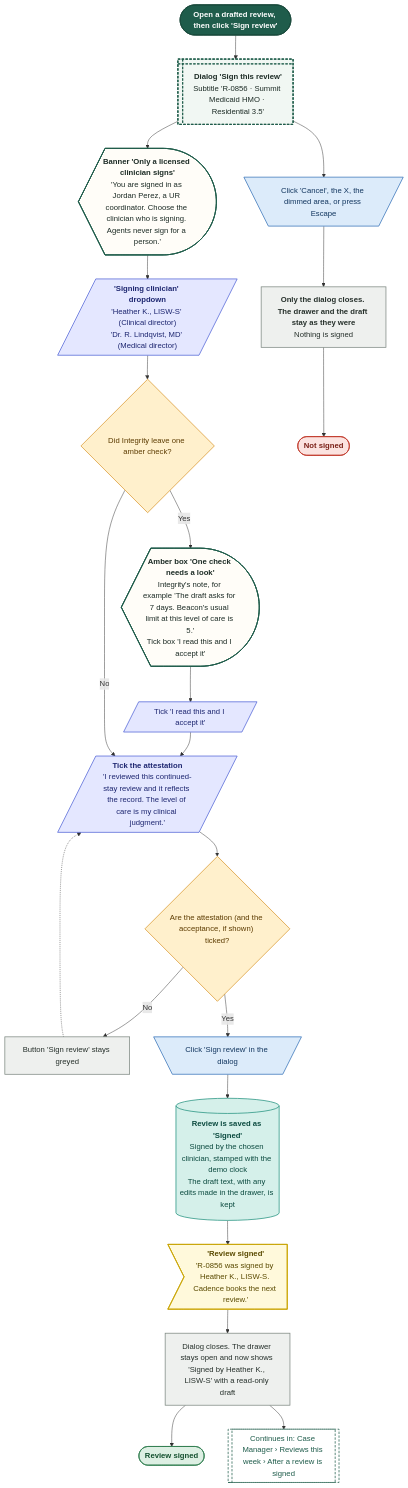
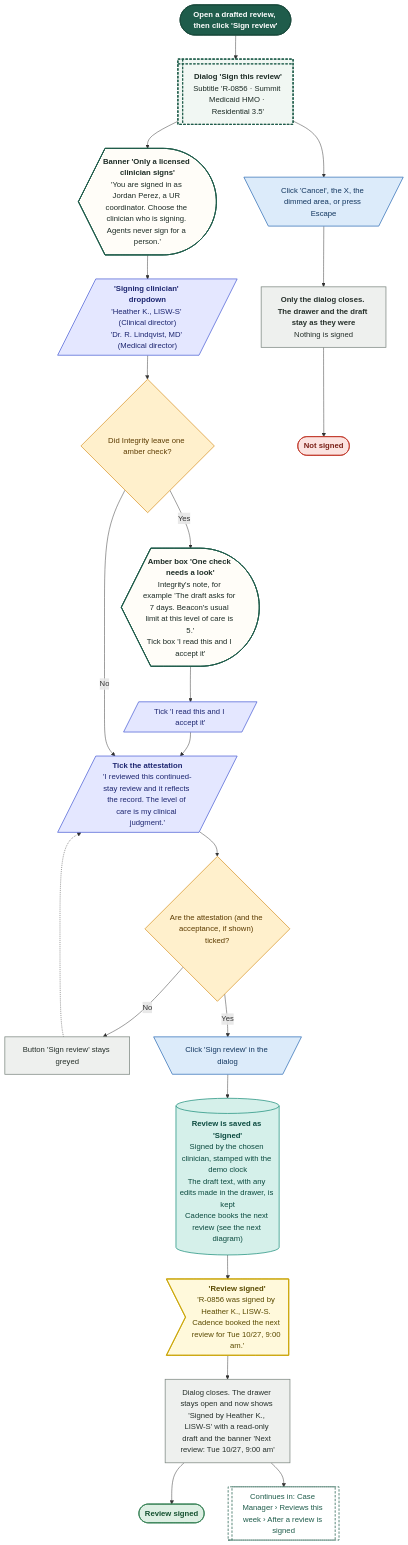
Before and after one commit to Shrav143/psyfloapp: diagram 16 of 21 in demos/prior-auth-demo/workflows/out/md/07-case-manager.md, drawn with Mermaid. The commit also changed other lines of this file and 195 other files, not shown here.

First line of the commit message:
docs: Rebuild workflow diagrams after the demo fixes (220 diagrams)

````diff
--- a/demos/prior-auth-demo/workflows/out/md/07-case-manager.md
+++ b/demos/prior-auth-demo/workflows/out/md/07-case-manager.md
@@ -896,59 +1105,59 @@
 ```mermaid
 %%{init: {"theme":"base","themeVariables":{"fontFamily":"'DM Sans', 'Segoe UI', system-ui, sans-serif","fontSize":"15px","lineColor":"#5B6B63","primaryTextColor":"#1C2B25","clusterBkg":"#FBF8F3","clusterBorder":"#D9CDBB","edgeLabelBackground":"#FFFFFF"},"flowchart":{"curve":"basis","nodeSpacing":36,"rankSpacing":48,"padding":12,"htmlLabels":true,"useMaxWidth":false,"wrappingWidth":230}} }%%
 flowchart TD
   classDef k_start fill:#1F5C4B,stroke:#174638,color:#FFFFFF,stroke-width:1.5px,font-weight:600
   classDef k_end fill:#DDEFE3,stroke:#2E7D4F,color:#14502F,stroke-width:1.5px,font-weight:600
   classDef k_endx fill:#FBE3E0,stroke:#C0392B,color:#7A1F16,stroke-width:1.5px,font-weight:600
   classDef k_screen fill:#FFFDF8,stroke:#1F5C4B,color:#1C2B25,stroke-width:2px
   classDef k_overlay fill:#F1F7F3,stroke:#1F5C4B,color:#1C2B25,stroke-width:2px,stroke-dasharray:5 3
   classDef k_click fill:#DCEBFA,stroke:#2F6DB5,color:#12365F,stroke-width:1.5px
   classDef k_input fill:#E4E7FF,stroke:#4C5FD5,color:#1D2670,stroke-width:1.5px
   classDef k_process fill:#EEF0EE,stroke:#7A857F,color:#26302B,stroke-width:1.5px
   classDef k_agent fill:#EEE5FA,stroke:#7A4FC2,color:#341A63,stroke-width:1.5px
   classDef k_decision fill:#FFF0CC,stroke:#D9962B,color:#5C3B00,stroke-width:1.5px
   classDef k_store fill:#D5F0EA,stroke:#1C8E7B,color:#0B4A3F,stroke-width:1.5px
   classDef k_doc fill:#F6E9DC,stroke:#B07A4C,color:#4A2E14,stroke-width:1.5px
   classDef k_ext fill:#FFE6D2,stroke:#E07B39,color:#6B2F06,stroke-width:1.5px
   classDef k_wait fill:#E4E8EE,stroke:#6B7C93,color:#26303D,stroke-width:1.5px
   classDef k_toast fill:#FFF9DB,stroke:#C9A400,color:#5A4A00,stroke-width:1.5px
   classDef k_goto fill:#FFFFFF,stroke:#1F5C4B,color:#1F5C4B,stroke-width:1.5px,stroke-dasharray:5 3
   s1@{ shape: stadium, label: "Open a drafted review, then click 'Sign review'" }
   o1@{ shape: win-pane, label: "<b>Dialog 'Sign this review'</b><br/>Subtitle 'R-0856 · Summit Medicaid HMO · Residential 3.5'" }
   b1@{ shape: curv-trap, label: "<b>Banner 'Only a licensed clinician signs'</b><br/>'You are signed in as Jordan Perez, a UR coordinator. Choose the clinician who is signing. Agents never sign for a person.'" }
   i1@{ shape: lean-r, label: "<b>'Signing clinician' dropdown</b><br/>'Heather K., LISW-S' (Clinical director)<br/>'Dr. R. Lindqvist, MD' (Medical director)" }
   d1@{ shape: diam, label: "Did Integrity leave one amber check?" }
   w1@{ shape: curv-trap, label: "<b>Amber box 'One check needs a look'</b><br/>Integrity's note, for example 'The draft asks for 7 days. Beacon's usual limit at this level of care is 5.'<br/>Tick box 'I read this and I accept it'" }
   i2@{ shape: lean-r, label: "Tick 'I read this and I accept it'" }
   i3@{ shape: lean-r, label: "<b>Tick the attestation</b><br/>'I reviewed this continued-stay review and it reflects the record. The level of care is my clinical judgment.'" }
   d2@{ shape: diam, label: "Are the attestation (and the acceptance, if shown) ticked?" }
   x1@{ shape: rect, label: "Button 'Sign review' stays greyed" }
   c1@{ shape: trap-t, label: "Click 'Sign review' in the dialog" }
-  st1@{ shape: cyl, label: "<b>Review is saved as 'Signed'</b><br/>Signed by the chosen clinician, stamped with the demo clock<br/>The draft text, with any edits made in the drawer, is kept" }
-  t1@{ shape: odd, label: "<b>'Review signed'</b><br/>'R-0856 was signed by Heather K., LISW-S. Cadence books the next review.'" }
-  p1@{ shape: rect, label: "Dialog closes. The drawer stays open and now shows 'Signed by Heather K., LISW-S' with a read-only draft" }
+  st1@{ shape: cyl, label: "<b>Review is saved as 'Signed'</b><br/>Signed by the chosen clinician, stamped with the demo clock<br/>The draft text, with any edits made in the drawer, is kept<br/>Cadence books the next review (see the next diagram)" }
+  t1@{ shape: odd, label: "<b>'Review signed'</b><br/>'R-0856 was signed by Heather K., LISW-S. Cadence booked the next review for Tue 10/27, 9:00 am.'" }
+  p1@{ shape: rect, label: "Dialog closes. The drawer stays open and now shows 'Signed by Heather K., LISW-S' with a read-only draft and the banner 'Next review: Tue 10/27, 9:00 am'" }
   g1@{ shape: subproc, label: "Continues in: Case Manager › Reviews this week › After a review is signed" }
   c2@{ shape: trap-t, label: "Click 'Cancel', the X, the dimmed area, or press Escape" }
   p2@{ shape: rect, label: "<b>Only the dialog closes. The drawer and the draft stay as they were</b><br/>Nothing is signed" }
   e1@{ shape: stadium, label: "Not signed" }
   e2@{ shape: stadium, label: "Review signed" }
   s1 --> o1 --> b1 --> i1 --> d1
   d1 -->|"Yes"| w1 --> i2 --> i3
   d1 -->|"No"| i3
   i3 --> d2
   d2 -->|"No"| x1 -.-> i3
   d2 -->|"Yes"| c1 --> st1 --> t1 --> p1 --> e2
   p1 --> g1
   o1 --> c2 --> p2 --> e1
   class s1 k_start
   class o1 k_overlay
   class b1,w1 k_screen
   class i1,i2,i3 k_input
   class d1,d2 k_decision
   class x1,p1,p2 k_process
   class c1,c2 k_click
   class st1 k_store
   class t1 k_toast
   class g1 k_goto
   class e1 k_endx
   class e2 k_end
 ```
````
